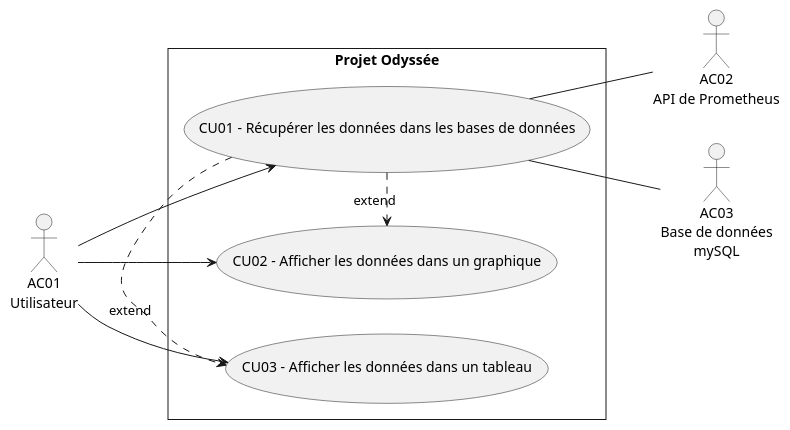
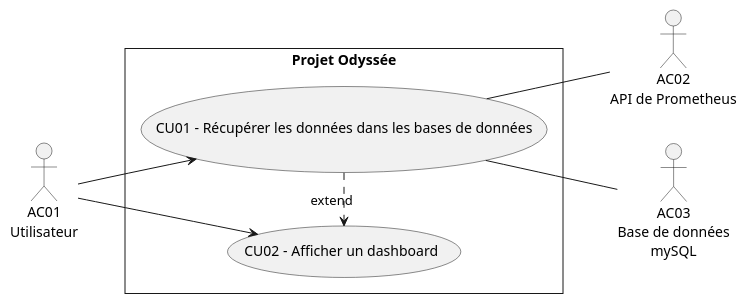
One commit to EmilyRoseF/LOG410 changed the diagram in cas_utilisation.puml. Above: the diagram before and after it, drawn with PlantUML. The commit also changed 1 other file, not shown here.

Commit message:
modif CAR01

```diff
--- a/cas_utilisation.puml
+++ b/cas_utilisation.puml
@@ -1,38 +1,37 @@
 @startuml
 left to right direction
 skinparam PackageStyle rect
 skinparam style strictuml
 skinparam defaultfontname Verdana
 skinparam DefaultTextAlignment center
 skinparam Linetype agent
 
 
 'ACTEURS
 :AC01\nUtilisateur: as AC01
 :AC02\nAPI de Prometheus: as AC02
 :AC03\nBase de données\nmySQL: as AC03
 
 
 'LE PROJET ODYSSÉE
 rectangle "Projet Odyssée" {
   'CAS D'UTILISATION
   (CU01 - Récupérer les données dans les bases de données) as (CU01)
-  (CU02 - Afficher les données dans un graphique) as (CU02)
-  (CU03 - Afficher les données dans un tableau) as (CU03)
+  (CU02 - Afficher un dashboard) as (CU02)
+  '(CU0X - Afficher les données dans un graphique) as (CU0X) 'Finalement ne correspond pas à CAR01, mais correspond à CAR02
+  '(CU0X - Afficher les données dans un tableau) as (CU0X) 'Finalement ne correspond pas à CAR01, mais correspond à CAR02
 
 
   'LIENS ENTRE ACTEURS ET CAS D'UTILISATION
   AC01 --> (CU01)
   AC01 --> (CU02)
-  AC01 --> (CU03)
 
   (CU01) -- AC02
   (CU01) -- AC03
 
 
   'LIENS ENTRE LES CAS D'UTILISATION
   (CU01) .> (CU02) : extend
-  (CU01) .> (CU03) : extend
 }
 
 @enduml
```
